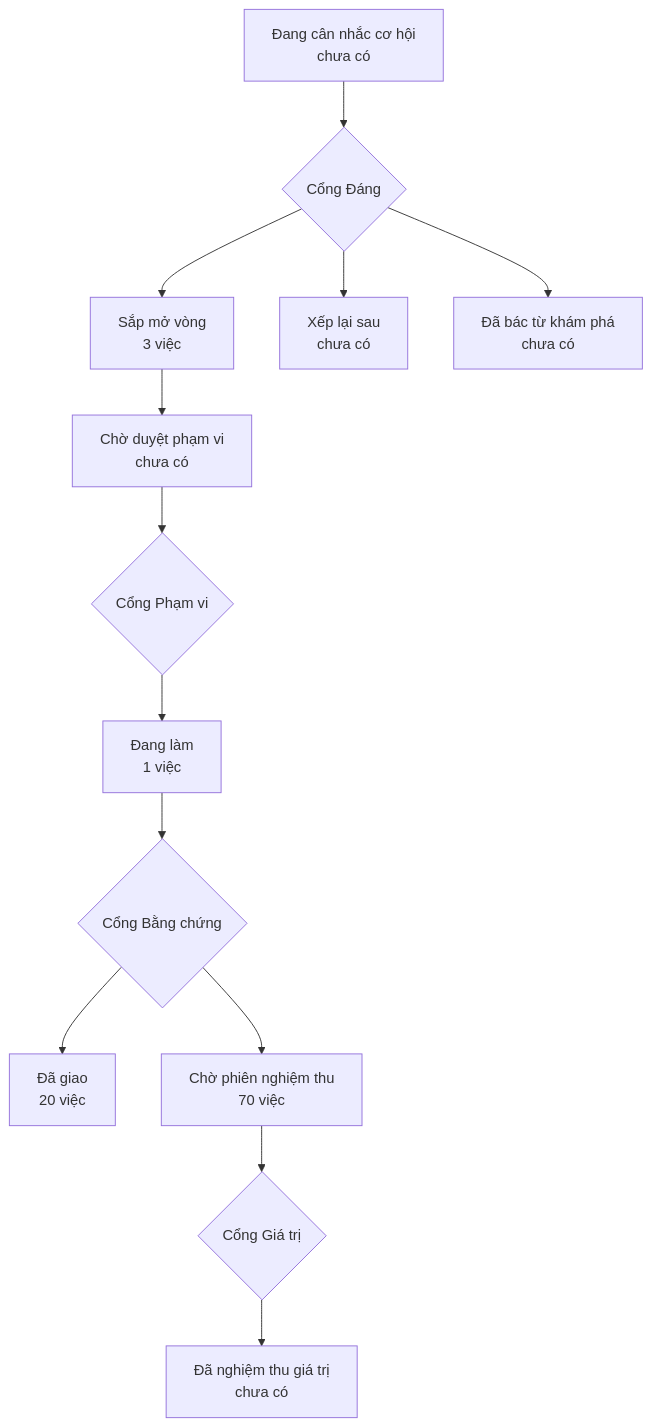
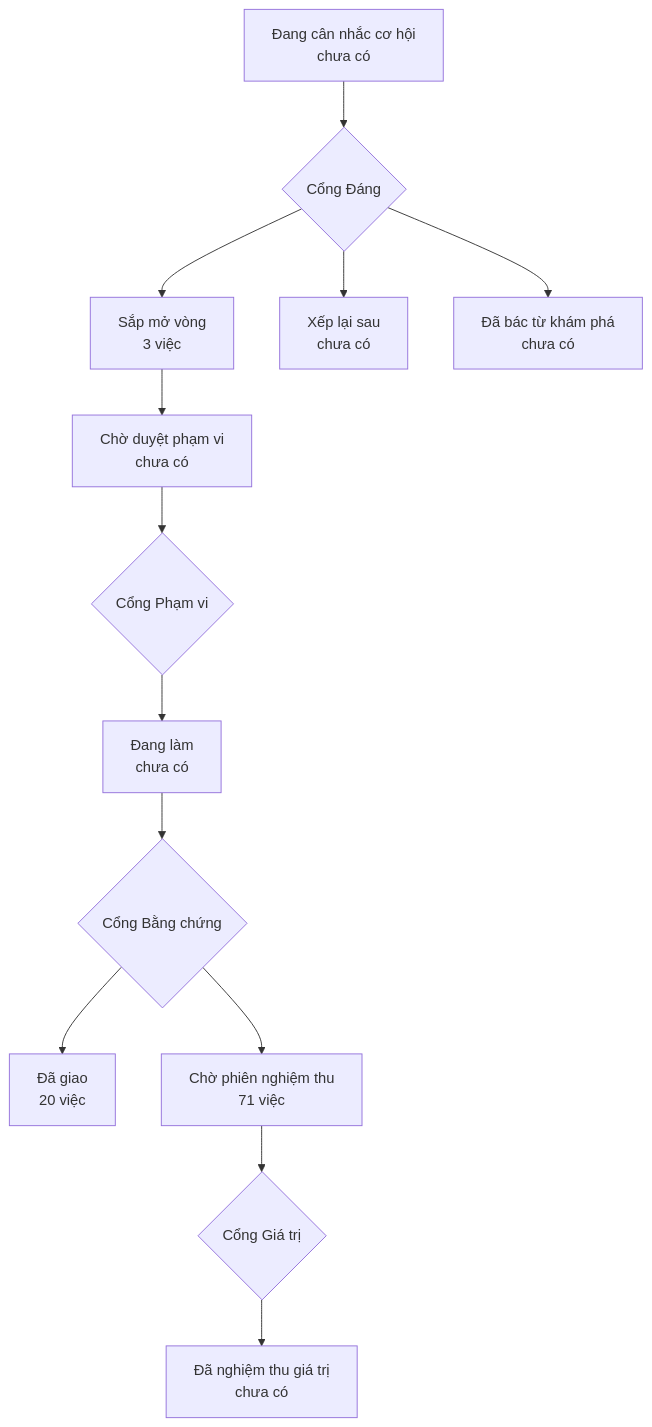
The diagram in PRODUCT-MAP.md (phanlemanh/onehub-quy-hang), drawn with Mermaid before and after one commit. The commit also changed other lines of this file and 4 other files, not shown here.

````diff
--- a/PRODUCT-MAP.md
+++ b/PRODUCT-MAP.md
@@ -7,12 +7,12 @@
 ```mermaid
 flowchart TD
   A["Đang cân nhắc cơ hội<br/>chưa có"] --> GD{"Cổng Đáng"}
   GD --> B["Sắp mở vòng<br/>3 việc"]
   GD --> XL["Xếp lại sau<br/>chưa có"]
   GD --> DB["Đã bác từ khám phá<br/>chưa có"]
   B --> CD["Chờ duyệt phạm vi<br/>chưa có"] --> GP{"Cổng Phạm vi"}
-  GP --> DL["Đang làm<br/>1 việc"] --> GB{"Cổng Bằng chứng"}
+  GP --> DL["Đang làm<br/>chưa có"] --> GB{"Cổng Bằng chứng"}
   GB --> DG["Đã giao<br/>20 việc"]
-  GB --> CN["Chờ phiên nghiệm thu<br/>70 việc"] --> GG{"Cổng Giá trị"}
+  GB --> CN["Chờ phiên nghiệm thu<br/>71 việc"] --> GG{"Cổng Giá trị"}
   GG --> NT["Đã nghiệm thu giá trị<br/>chưa có"]
 ```
````
